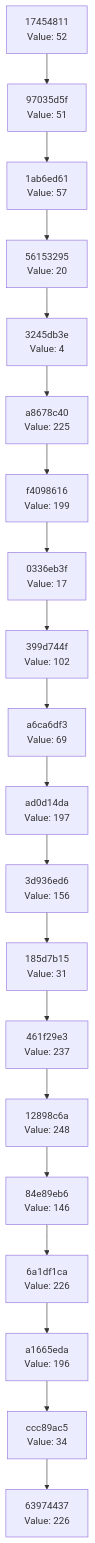
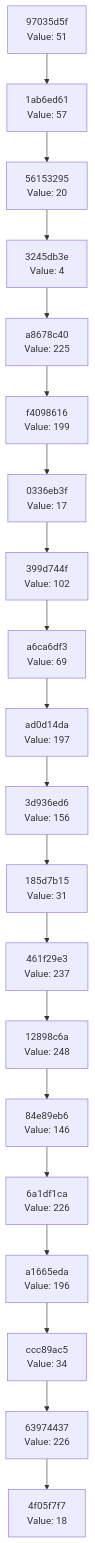
One commit to Abhisheksinha1506/hash-chain-evolver changed the diagram in docs/CHAIN_VISUALIZATION.md. Above: the diagram before and after it, drawn with Mermaid. The commit also changed 2 other files, not shown here.

Commit message:
Evolution Step

````diff
--- a/docs/CHAIN_VISUALIZATION.md
+++ b/docs/CHAIN_VISUALIZATION.md
@@ -3,42 +3,42 @@
 ```mermaid
 graph TD
-    C0["63974437<br/>Value: 226"]
-    C1["ccc89ac5<br/>Value: 34"]
+    C0["4f05f7f7<br/>Value: 18"]
+    C1["63974437<br/>Value: 226"]
     C1 --> C0
-    C2["a1665eda<br/>Value: 196"]
+    C2["ccc89ac5<br/>Value: 34"]
     C2 --> C1
-    C3["6a1df1ca<br/>Value: 226"]
+    C3["a1665eda<br/>Value: 196"]
     C3 --> C2
-    C4["84e89eb6<br/>Value: 146"]
+    C4["6a1df1ca<br/>Value: 226"]
     C4 --> C3
-    C5["12898c6a<br/>Value: 248"]
+    C5["84e89eb6<br/>Value: 146"]
     C5 --> C4
-    C6["461f29e3<br/>Value: 237"]
+    C6["12898c6a<br/>Value: 248"]
     C6 --> C5
-    C7["185d7b15<br/>Value: 31"]
+    C7["461f29e3<br/>Value: 237"]
     C7 --> C6
-    C8["3d936ed6<br/>Value: 156"]
+    C8["185d7b15<br/>Value: 31"]
     C8 --> C7
-    C9["ad0d14da<br/>Value: 197"]
+    C9["3d936ed6<br/>Value: 156"]
     C9 --> C8
-    C10["a6ca6df3<br/>Value: 69"]
+    C10["ad0d14da<br/>Value: 197"]
     C10 --> C9
-    C11["399d744f<br/>Value: 102"]
+    C11["a6ca6df3<br/>Value: 69"]
     C11 --> C10
-    C12["0336eb3f<br/>Value: 17"]
+    C12["399d744f<br/>Value: 102"]
     C12 --> C11
-    C13["f4098616<br/>Value: 199"]
+    C13["0336eb3f<br/>Value: 17"]
     C13 --> C12
-    C14["a8678c40<br/>Value: 225"]
+    C14["f4098616<br/>Value: 199"]
     C14 --> C13
-    C15["3245db3e<br/>Value: 4"]
+    C15["a8678c40<br/>Value: 225"]
     C15 --> C14
-    C16["56153295<br/>Value: 20"]
+    C16["3245db3e<br/>Value: 4"]
     C16 --> C15
-    C17["1ab6ed61<br/>Value: 57"]
+    C17["56153295<br/>Value: 20"]
     C17 --> C16
-    C18["97035d5f<br/>Value: 51"]
+    C18["1ab6ed61<br/>Value: 57"]
     C18 --> C17
-    C19["17454811<br/>Value: 52"]
+    C19["97035d5f<br/>Value: 51"]
     C19 --> C18
 ```
````
